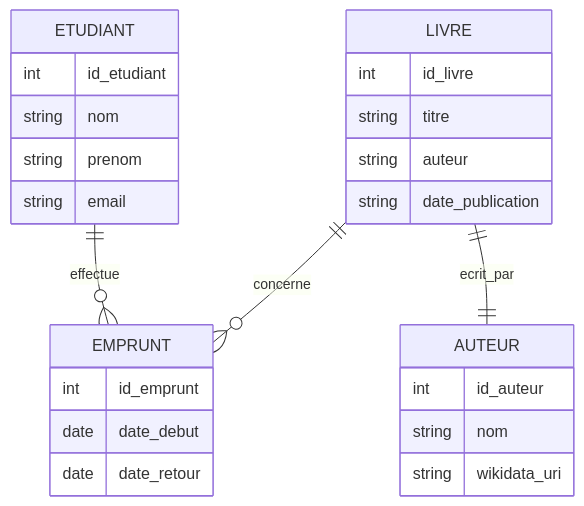
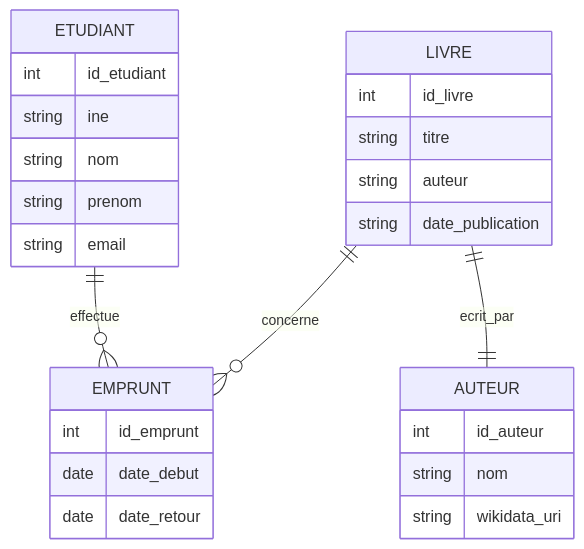
One commit to simohamedK/Biblioth-que-tudiante-Connect-e changed the diagram in README.md. Above: the diagram before and after it, drawn with Mermaid. The commit also changed other lines of this file and 4 other files, not shown here.

````diff
--- a/README.md
+++ b/README.md
@@ -49,30 +49,31 @@
 ```mermaid
 erDiagram
-    ETUDIANT {
+   ETUDIANT {
         int id_etudiant
+        string ine
         string nom
         string prenom
         string email
     }
     LIVRE {
         int id_livre
         string titre
         string auteur
         string date_publication
     }
     EMPRUNT {
         int id_emprunt
         date date_debut
         date date_retour
     }
 
     ETUDIANT ||--o{ EMPRUNT : effectue
     LIVRE ||--o{ EMPRUNT : concerne
     LIVRE ||--|| AUTEUR : ecrit_par
 
     AUTEUR {
         int id_auteur
         string nom
         string wikidata_uri
     }
 ```
````
